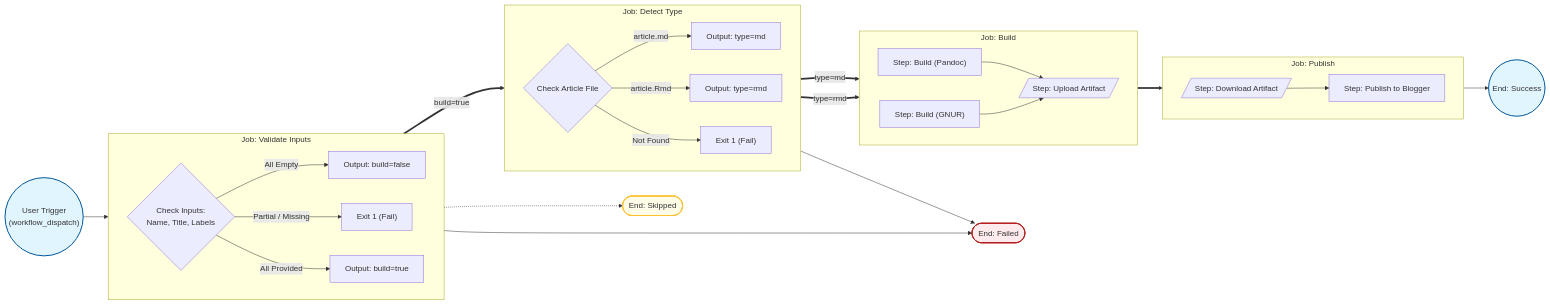
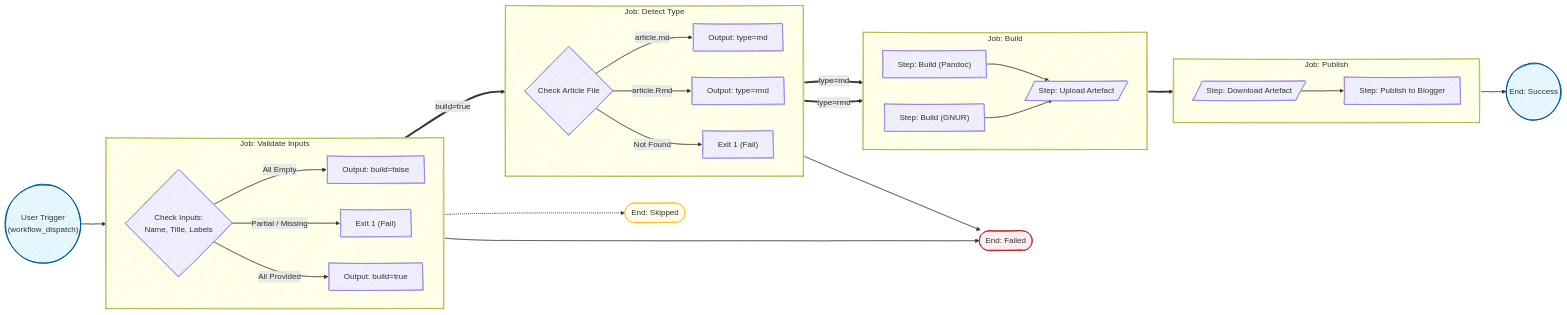
The diagram in README.md (frankhjung/article-markdown), drawn with Mermaid before and after one commit. The commit also changed other lines of this file and 4 other files, not shown here.

````diff
--- a/README.md
+++ b/README.md
@@ -26,63 +26,67 @@
 ```mermaid
+---
+config:
+  look: handDrawn
+---
 graph LR
     %% Trigger
     Start(("User Trigger<br/>(workflow_dispatch)")) --> ValidateJob
 
     %% Job: Validate
     subgraph ValidateJob ["Job: Validate Inputs"]
         direction LR
         InputLogic{"Check Inputs:<br/>Name, Title, Labels"}
 
         InputLogic -- "All Empty" --> OutputSkip["Output: build=false"]
         InputLogic -- "Partial / Missing" --> ExitFail["Exit 1 (Fail)"]
         InputLogic -- "All Provided" --> OutputBuild["Output: build=true"]
     end
 
     %% Job: Detect
     subgraph DetectJob ["Job: Detect Type"]
         direction LR
         DetectLogic{"Check Article File"}
         DetectLogic -- "article.md" --> TypeMD["Output: type=md"]
         DetectLogic -- "article.Rmd" --> TypeRMD["Output: type=rmd"]
         DetectLogic -- "Not Found" --> DetectFail["Exit 1 (Fail)"]
     end
 
    %% Conditional Logic between Jobs
     OutputSkip -.-> EndSkip([End: Skipped])
     ExitFail --> EndFail([End: Failed])
     OutputBuild ==>|build=true| DetectJob
     DetectFail --> EndFail
 
       %% Job: Build
       subgraph BuildJob ["Job: Build"]
         direction LR
 
         TypeMD ==>|type=md| StepPandoc["Step: Build (Pandoc)"]
         TypeRMD ==>|type=rmd| StepGNUR["Step: Build (GNUR)"]
-        
-        StepPandoc --> StepUpload[/"Step: Upload Artifact"/]
+
+        StepPandoc --> StepUpload[/"Step: Upload Artefact"/]
         StepGNUR --> StepUpload
     end
 
     %% Job: Publish
     subgraph PublishJob ["Job: Publish"]
         direction LR
-        StepDownload[/"Step: Download Artifact"/]
+        StepDownload[/"Step: Download Artefact"/]
         StepBlogger["Step: Publish to Blogger"]
 
         StepDownload --> StepBlogger
     end
 
     %% End State
     StepUpload ==> StepDownload
     StepBlogger --> EndSuccess((End: Success))
 
     %% Styling
     classDef green fill:#e1f5fe,stroke:#01579b,stroke-width:2px;
     classDef red fill:#ffebee,stroke:#b71c1c,stroke-width:2px;
     classDef yellow fill:#fffde7,stroke:#fbc02d,stroke-width:2px;
 
     class Start,EndSuccess green;
     class EndFail red;
     class EndSkip yellow;
 ```
````
